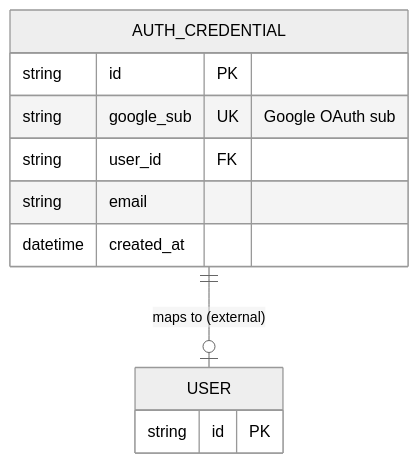
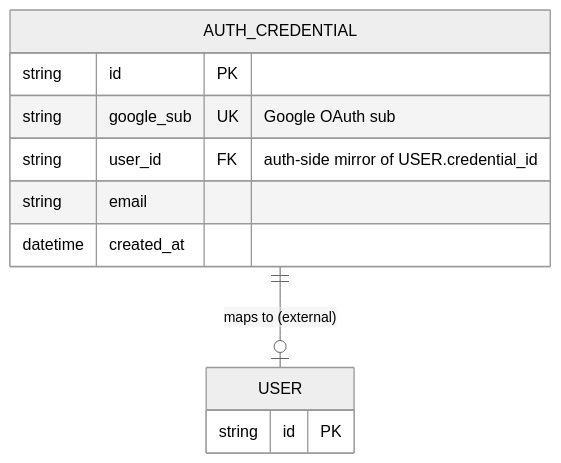
One commit to cheetah-org/fold-design changed the fourth of 8 diagrams in entities/er-diagram.md. Above: the diagram before and after it, drawn with Mermaid (neutral theme). The commit also changed other lines of this file and 4 other files, not shown here.

````diff
--- a/entities/er-diagram.md
+++ b/entities/er-diagram.md
@@ -303,19 +305,19 @@
 ```mermaid
 erDiagram
     %% Owned entities
     AUTH_CREDENTIAL {
         string id PK
         string google_sub UK "Google OAuth sub"
-        string user_id FK
+        string user_id FK "auth-side mirror of USER.credential_id"
         string email
         datetime created_at
     }
 
     %% External reference (owned by User Service)
     USER {
         string id PK
     }
 
     %% Relationships
     AUTH_CREDENTIAL ||--o| USER : "maps to (external)"
 ```
````
